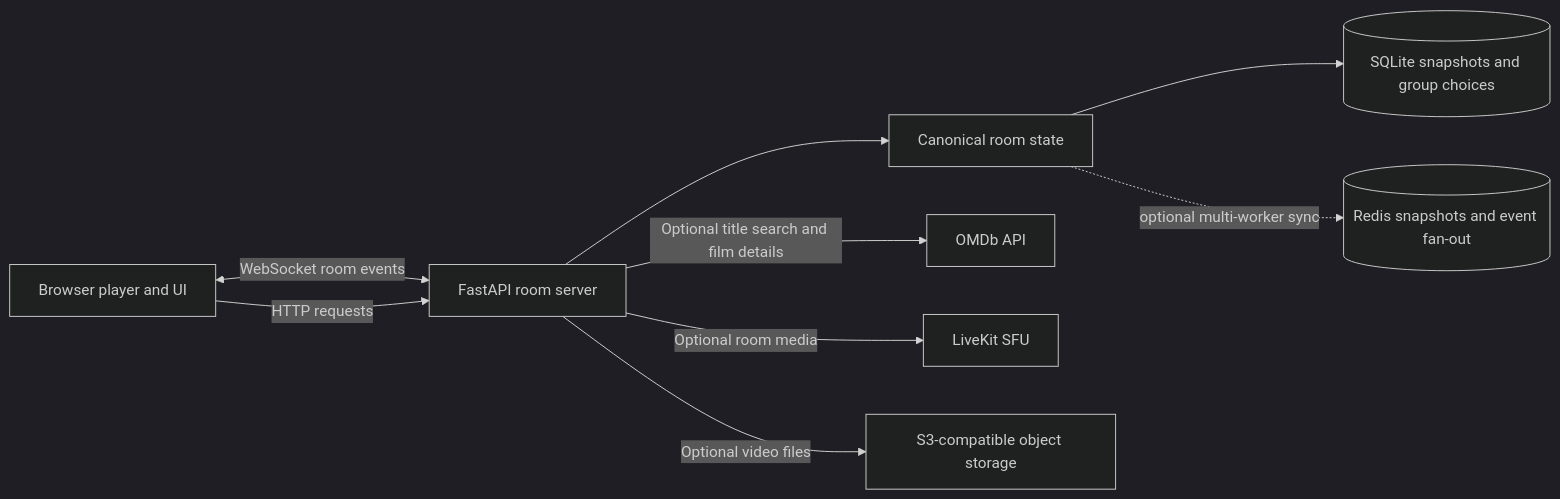
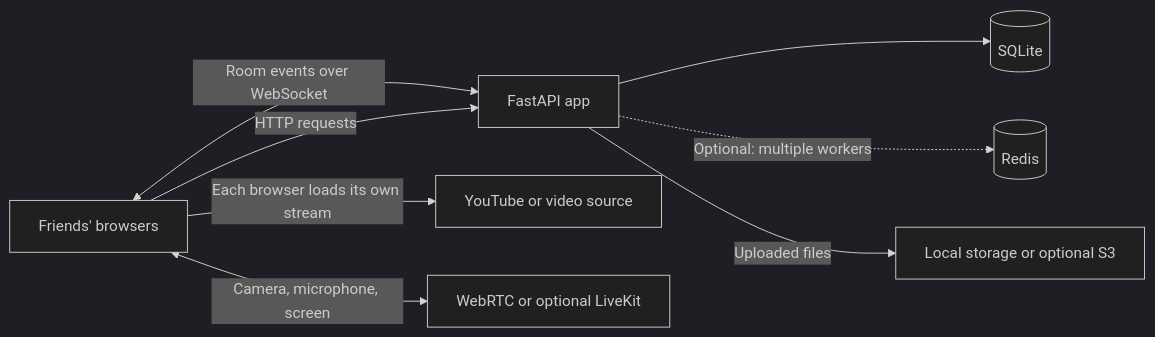
Before and after one commit to SarthakEpic/Watch-Party: the second of 2 diagrams in README.md, drawn with Mermaid (dark theme). The commit also changed other lines of this file and 11 other files, not shown here.

````diff
--- a/README.md
+++ b/README.md
@@ -62,11 +29,10 @@
 ```mermaid
 flowchart LR
-  B[Browser player and UI] <-->|WebSocket room events| F[FastAPI room server]
-  B -->|HTTP requests| F
-  F --> R[Canonical room state]
-  R --> S[(SQLite snapshots and group choices)]
-  R -. optional multi-worker sync .-> X[(Redis snapshots and event fan-out)]
-  F -->|Optional title search and film details| T[OMDb API]
-  F -->|Optional room media| L[LiveKit SFU]
-  F -->|Optional video files| O[S3-compatible object storage]
+    people[Friends' browsers] <-->|Room events over WebSocket| app[FastAPI app]
+    people -->|HTTP requests| app
+    app --> db[(SQLite)]
+    app -. Optional: multiple workers .-> redis[(Redis)]
+    people -->|Each browser loads its own stream| sources[YouTube or video source]
+    people <-->|Camera, microphone, screen| rtc[WebRTC or optional LiveKit]
+    app -->|Uploaded files| storage[Local storage or optional S3]
 ```
````
